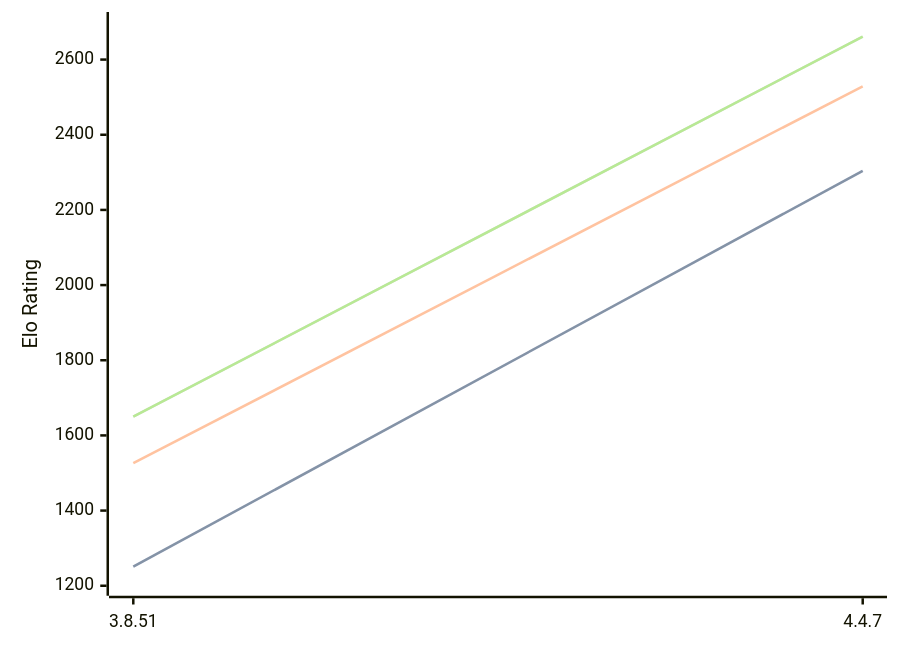
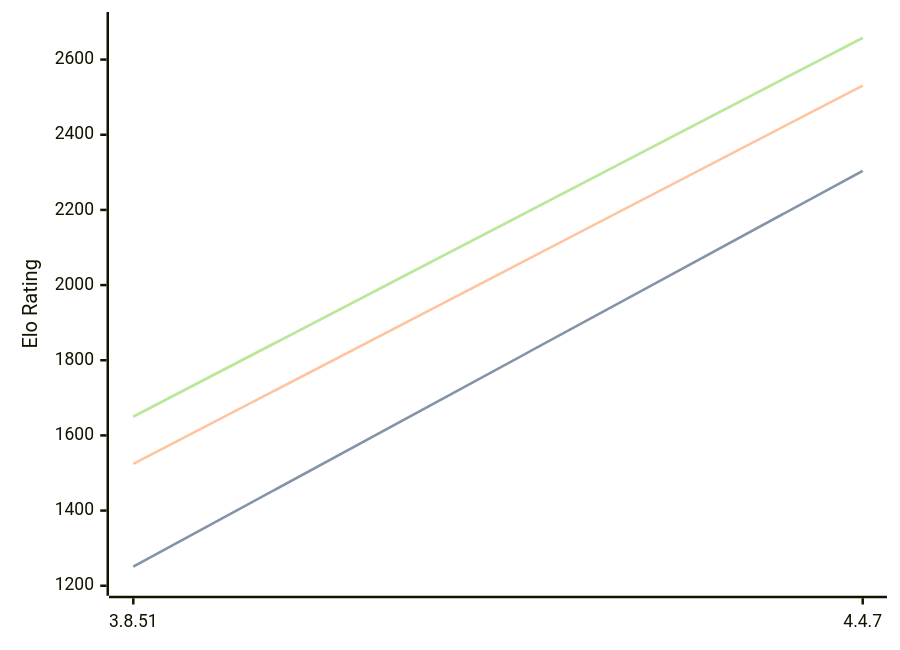
Before and after one commit to computer-chess-index/cci: the diagram in engines/Scoria.md, drawn with Mermaid. The commit also changed other lines of this file, not shown here.

Commit message:
Update CCI Ratings (ELO VLTC) - 2026-09-11

````diff
--- a/engines/Scoria.md
+++ b/engines/Scoria.md
@@ -32,11 +32,11 @@
 ```mermaid
 %%{init: {"theme":"base","themeVariables":{"seriesColors:['#a3a3a3','#222221','#faa371']}}}%%
 xychart-beta
   x-axis ["3.8.51", "4.4.7"]
   y-axis "Elo Rating" 1200 --> 2700
   line "" [1251, 2304]
   line "STC (8.0+0.08s)" [1251, 2304]
-  line "LTC (60.0+0.60s)" [1526, 2529]
-  line "" [1650, 2661]
-  line "VLTC (2m24s+1.12s)" [1650, 2661]
+  line "LTC (60.0+0.60s)" [1524, 2531]
+  line "" [1650, 2658]
+  line "VLTC (2m24s+1.12s)" [1650, 2658]
 ```
````
